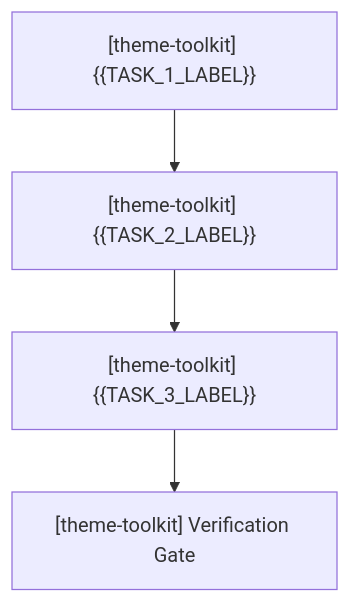
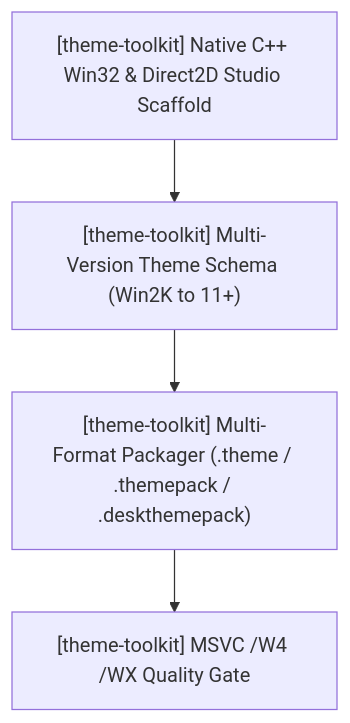
Before and after one commit to HELIX-Origin/theme-toolkit: the diagram in PLAN.md, drawn with Mermaid. The commit also changed other lines of this file and 10 other files, not shown here.

````diff
--- a/PLAN.md
+++ b/PLAN.md
@@ -34,6 +23,6 @@
 ```mermaid
 flowchart TD
-    Task1["[theme-toolkit] {{TASK_1_LABEL}}"] --> Task2["[theme-toolkit] {{TASK_2_LABEL}}"]
-    Task2 --> Task3["[theme-toolkit] {{TASK_3_LABEL}}"]
-    Task3 --> Gate["[theme-toolkit] Verification Gate"]
+    Task1["[theme-toolkit] Native C++ Win32 & Direct2D Studio Scaffold"] --> Task2["[theme-toolkit] Multi-Version Theme Schema (Win2K to 11+)"]
+    Task2 --> Task3["[theme-toolkit] Multi-Format Packager (.theme / .themepack / .deskthemepack)"]
+    Task3 --> Gate["[theme-toolkit] MSVC /W4 /WX Quality Gate"]
 ```
````
